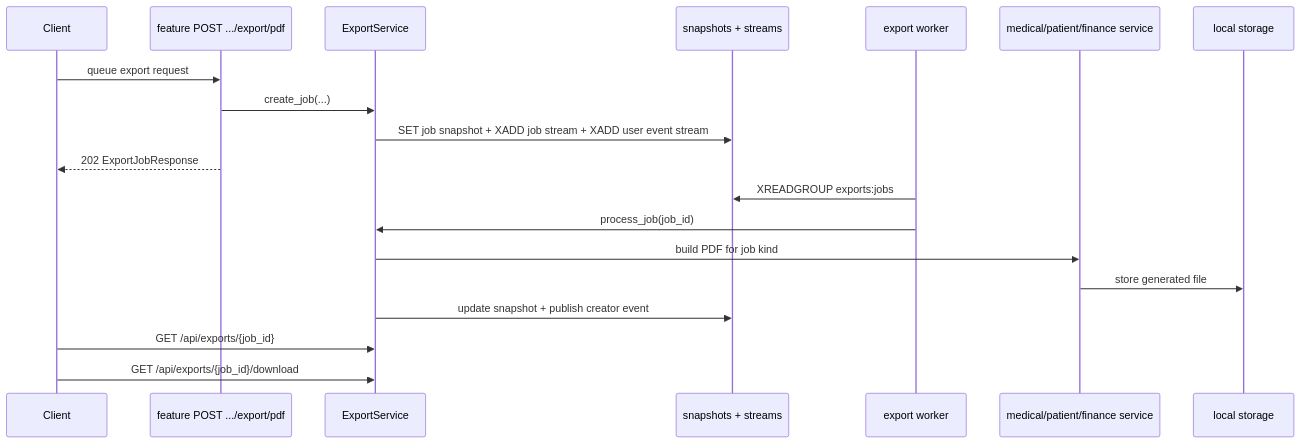
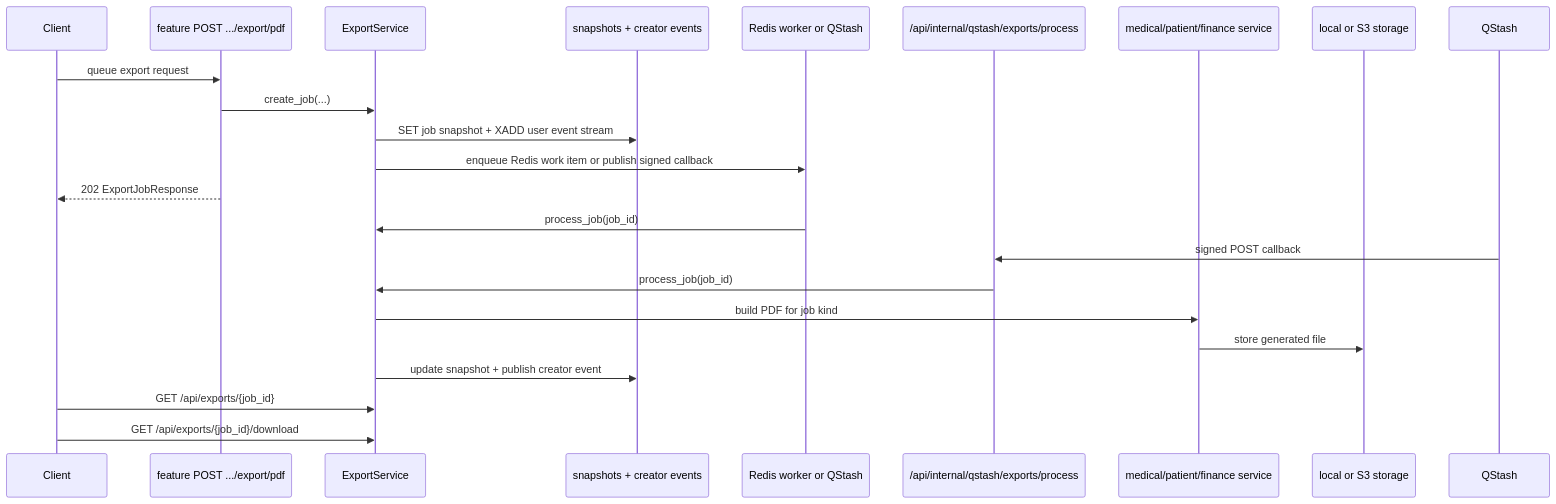
Before and after one commit to adriangpo/mindflow-api: the first of 2 diagrams in docs/features/export.md, drawn with Mermaid. The commit also changed other lines of this file and 30 other files, not shown here.

````diff
--- a/docs/features/export.md
+++ b/docs/features/export.md
@@ -28,22 +29,25 @@
 ```mermaid
 sequenceDiagram
     participant Client
     participant FeatureRouter as feature POST .../export/pdf
     participant ExportService
-    participant Redis as snapshots + streams
-    participant Worker as export worker
+    participant Redis as snapshots + creator events
+    participant Dispatcher as Redis worker or QStash
+    participant Internal as /api/internal/qstash/exports/process
     participant FeatureService as medical/patient/finance service
-    participant Storage as local storage
+    participant Storage as local or S3 storage
 
     Client->>FeatureRouter: queue export request
     FeatureRouter->>ExportService: create_job(...)
-    ExportService->>Redis: SET job snapshot + XADD job stream + XADD user event stream
+    ExportService->>Redis: SET job snapshot + XADD user event stream
+    ExportService->>Dispatcher: enqueue Redis work item or publish signed callback
     FeatureRouter-->>Client: 202 ExportJobResponse
-    Worker->>Redis: XREADGROUP exports:jobs
-    Worker->>ExportService: process_job(job_id)
+    Dispatcher->>ExportService: process_job(job_id)
+    QStash->>Internal: signed POST callback
+    Internal->>ExportService: process_job(job_id)
     ExportService->>FeatureService: build PDF for job kind
     FeatureService->>Storage: store generated file
     ExportService->>Redis: update snapshot + publish creator event
     Client->>ExportService: GET /api/exports/{job_id}
     Client->>ExportService: GET /api/exports/{job_id}/download
 ```
````
